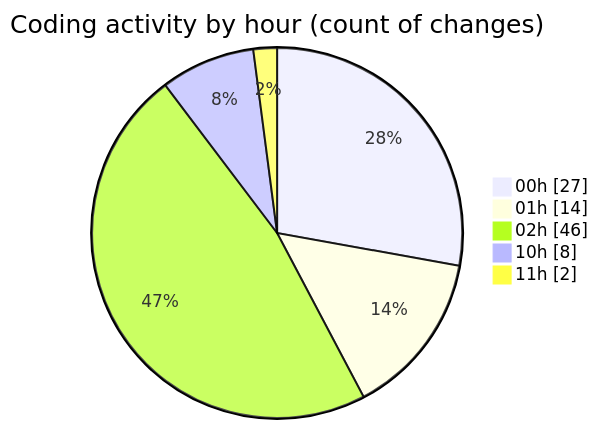
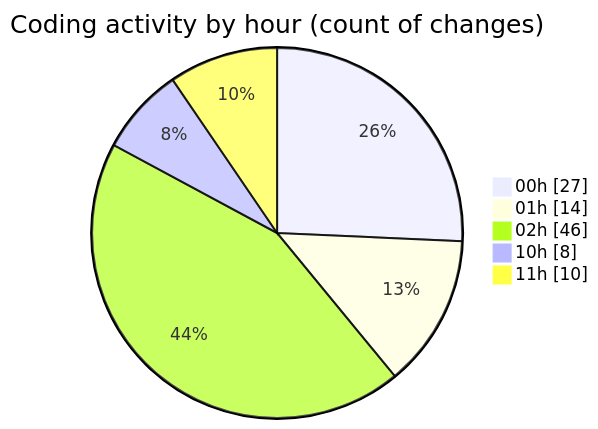
The second of 2 diagrams in 2025-07-17/nhahang/README.md (lephambinh05/code-tracking), drawn with Mermaid before and after one commit. The commit also changed other lines of this file and 1 other file, not shown here.

````diff
--- a/2025-07-17/nhahang/README.md
+++ b/2025-07-17/nhahang/README.md
@@ -58,9 +58,9 @@
 ```mermaid
 pie showData
 title Coding activity by hour (count of changes)
 "00h" : 27
 "01h" : 14
 "02h" : 46
 "10h" : 8
-"11h" : 2
+"11h" : 10
 ```
````
